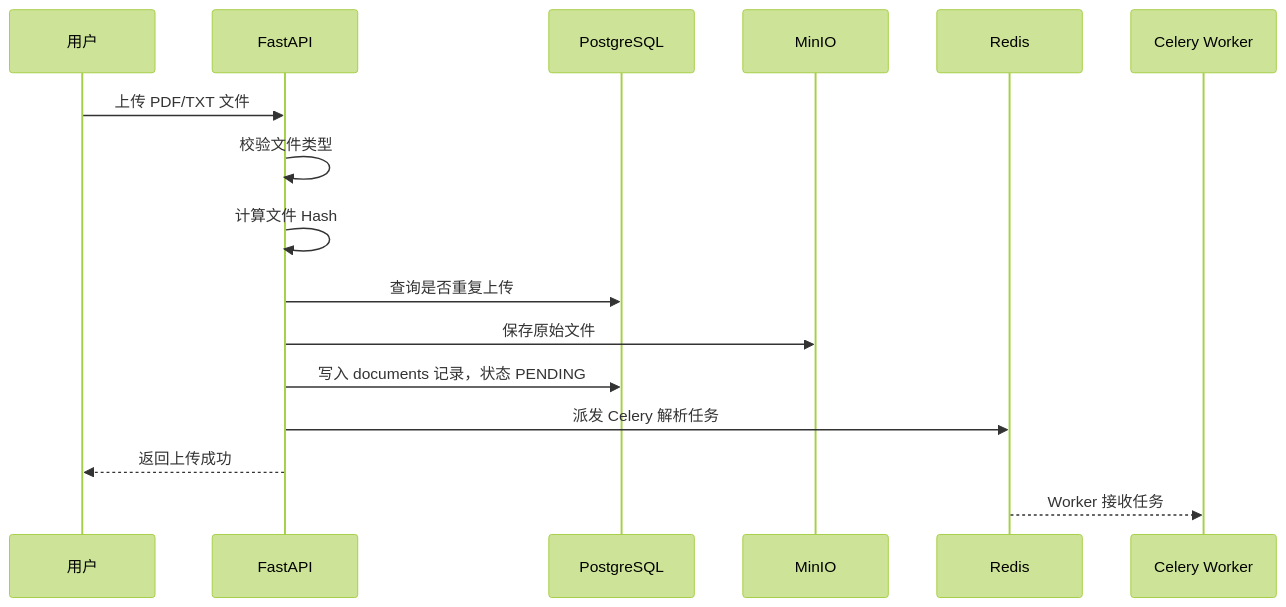
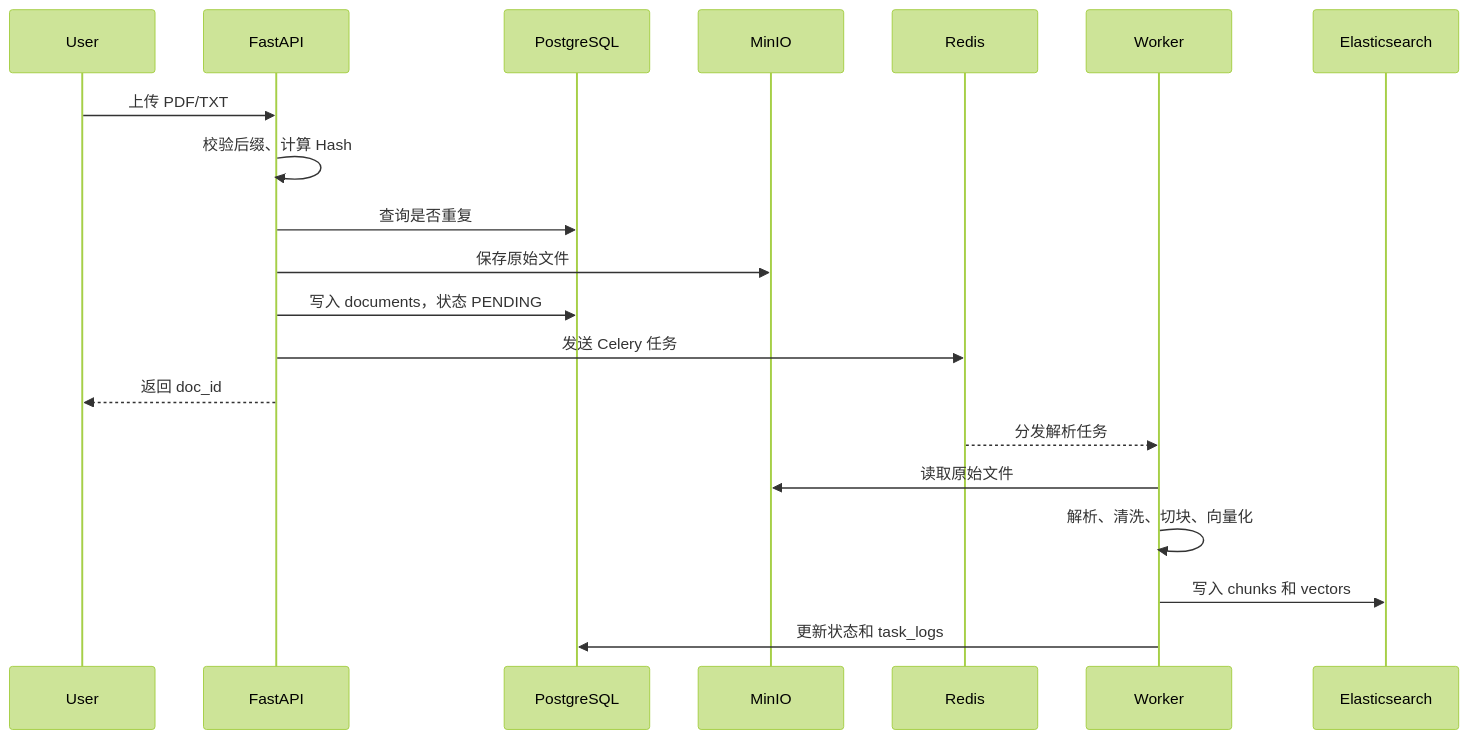
Before and after one commit to hf007019-lgtm/rag-builder: the first of 2 diagrams in docs/architecture.md, drawn with Mermaid (forest theme). The commit also changed other lines of this file and 5 other files, not shown here.

````diff
--- a/docs/architecture.md
+++ b/docs/architecture.md
@@ -241,19 +65,23 @@
 ```mermaid
 sequenceDiagram
-    participant User as 用户
+    participant User as User
     participant API as FastAPI
     participant PG as PostgreSQL
     participant MinIO as MinIO
     participant Redis as Redis
-    participant Worker as Celery Worker
+    participant Worker as Worker
+    participant ES as Elasticsearch
 
-    User->>API: 上传 PDF/TXT 文件
-    API->>API: 校验文件类型
-    API->>API: 计算文件 Hash
-    API->>PG: 查询是否重复上传
+    User->>API: 上传 PDF/TXT
+    API->>API: 校验后缀、计算 Hash
+    API->>PG: 查询是否重复
     API->>MinIO: 保存原始文件
-    API->>PG: 写入 documents 记录，状态 PENDING
-    API->>Redis: 派发 Celery 解析任务
-    API-->>User: 返回上传成功
-    Redis-->>Worker: Worker 接收任务
+    API->>PG: 写入 documents，状态 PENDING
+    API->>Redis: 发送 Celery 任务
+    API-->>User: 返回 doc_id
+    Redis-->>Worker: 分发解析任务
+    Worker->>MinIO: 读取原始文件
+    Worker->>Worker: 解析、清洗、切块、向量化
+    Worker->>ES: 写入 chunks 和 vectors
+    Worker->>PG: 更新状态和 task_logs
 ```
````
